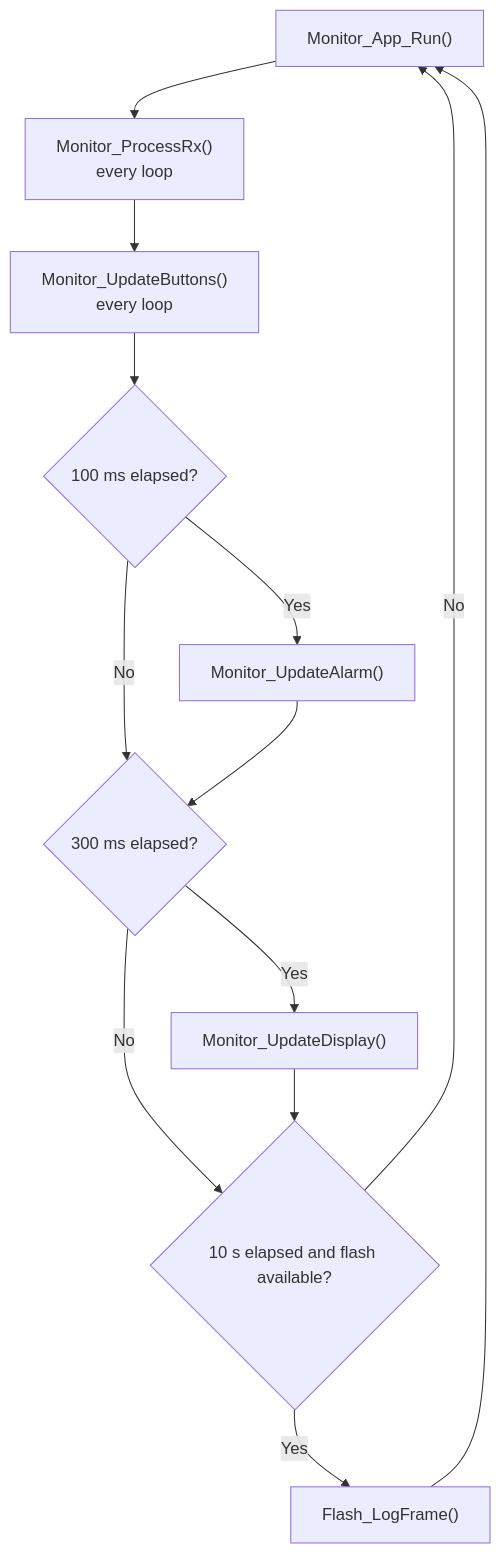
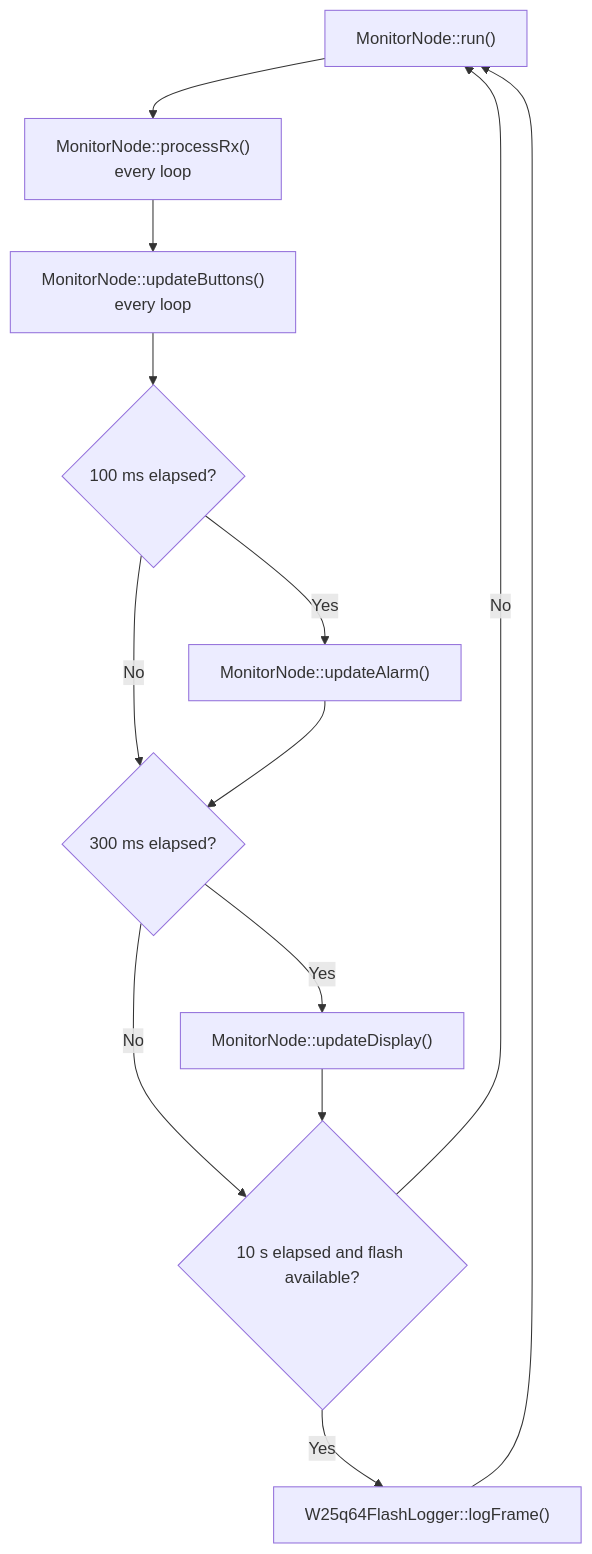
One commit to Cusnd/dual-stm32-safety-monitor changed the eighth of 13 diagrams in docs/FUNCTION_DESIGN_WALKTHROUGH.en.md. Above: the diagram before and after it, drawn with Mermaid. The commit also changed other lines of this file and 78 other files, not shown here.

````diff
--- a/docs/FUNCTION_DESIGN_WALKTHROUGH.en.md
+++ b/docs/FUNCTION_DESIGN_WALKTHROUGH.en.md
@@ -225,15 +225,15 @@
 ```mermaid
 flowchart TD
-  L["Monitor_App_Run()"] --> RX["Monitor_ProcessRx()\nevery loop"]
-  RX --> BTN["Monitor_UpdateButtons()\nevery loop"]
+  L["MonitorNode::run()"] --> RX["MonitorNode::processRx()\nevery loop"]
+  RX --> BTN["MonitorNode::updateButtons()\nevery loop"]
   BTN --> A{"100 ms elapsed?"}
-  A -->|"Yes"| AL["Monitor_UpdateAlarm()"]
+  A -->|"Yes"| AL["MonitorNode::updateAlarm()"]
   A -->|"No"| U
   AL --> U{"300 ms elapsed?"}
-  U -->|"Yes"| UI["Monitor_UpdateDisplay()"]
+  U -->|"Yes"| UI["MonitorNode::updateDisplay()"]
   U -->|"No"| F
   UI --> F{"10 s elapsed and flash available?"}
-  F -->|"Yes"| FL["Flash_LogFrame()"]
+  F -->|"Yes"| FL["W25q64FlashLogger::logFrame()"]
   F -->|"No"| L
   FL --> L
 ```
````
